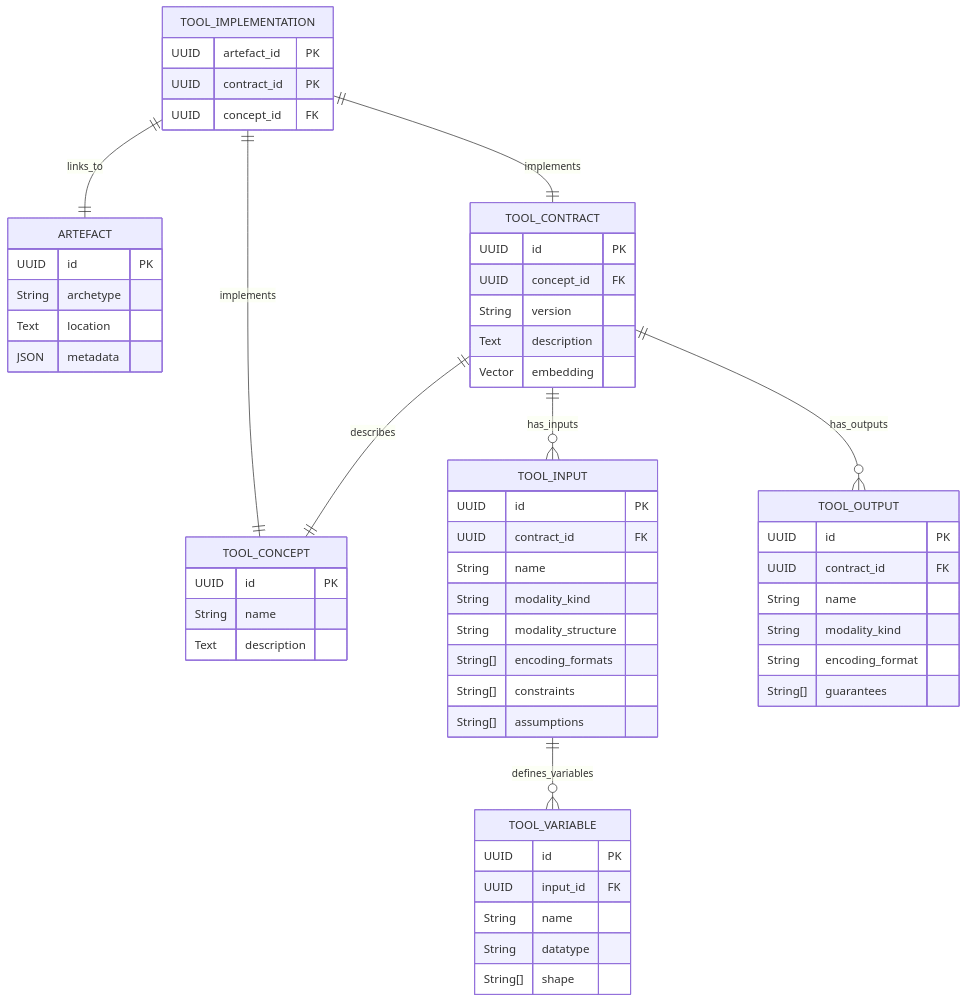
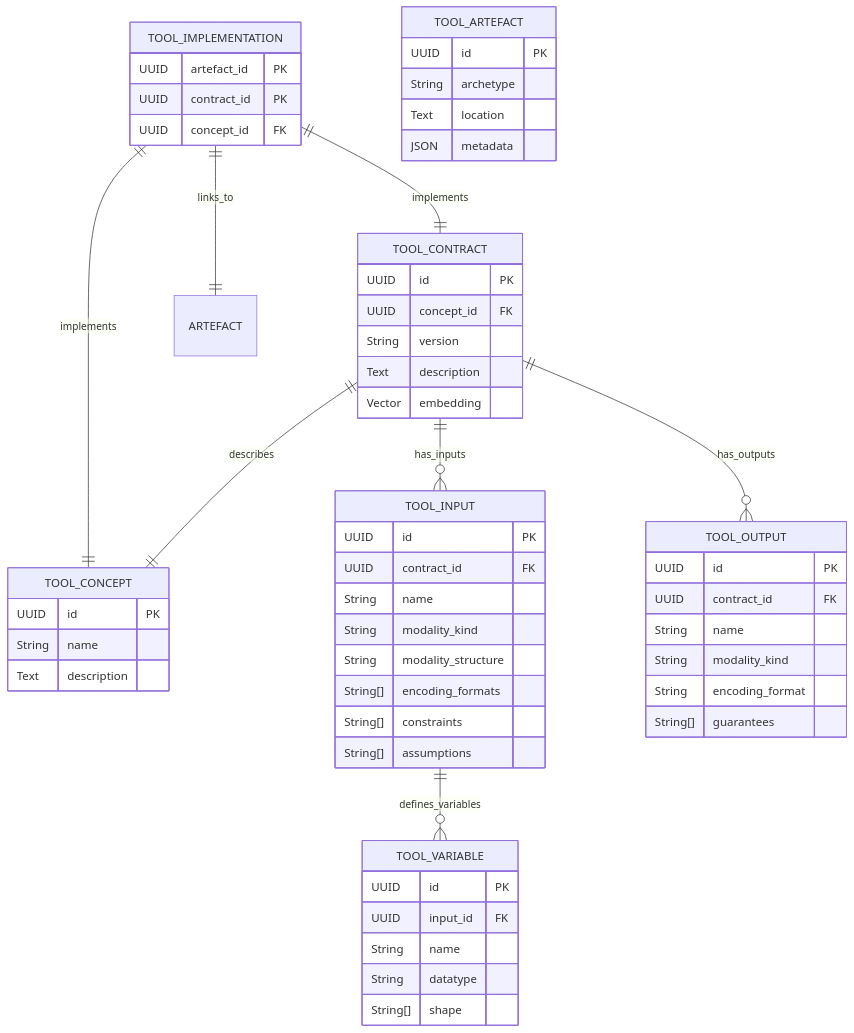
Before and after one commit to EOSC-Data-Commons/toolmeta-models: the diagram in README.md, drawn with Mermaid.

Commit message:
Adding ER Diagram

````diff
--- a/README.md
+++ b/README.md
@@ -6,71 +6,71 @@
 ```mermaid
 erDiagram
     %% Root table
     TOOL_IMPLEMENTATION {
         UUID artefact_id PK
         UUID contract_id PK
         UUID concept_id FK
     }
     
     %% Artefact table
-    ARTEFACT {
+   TOOL_ARTEFACT {
         UUID id PK
         String archetype
         Text location
         JSON metadata
     }
     
     %% Tool contract table
     TOOL_CONTRACT {
         UUID id PK
         UUID concept_id FK
         String version
         Text description
         Vector embedding
     }
     
     %% Tool concept table
     TOOL_CONCEPT {
         UUID id PK
         String name
         Text description
     }
     
     %% Inputs and outputs
     TOOL_INPUT {
         UUID id PK
         UUID contract_id FK
         String name
         String modality_kind
         String modality_structure
         String[] encoding_formats
         String[] constraints
         String[] assumptions
     }
     
     TOOL_VARIABLE {
         UUID id PK
         UUID input_id FK
         String name
         String datatype
         String[] shape
     }
     
     TOOL_OUTPUT {
         UUID id PK
         UUID contract_id FK
         String name
         String modality_kind
         String encoding_format
         String[] guarantees
     }
     
     %% Relationships
     TOOL_IMPLEMENTATION ||--|| ARTEFACT : links_to
     TOOL_IMPLEMENTATION ||--|| TOOL_CONTRACT : implements
     TOOL_IMPLEMENTATION ||--|| TOOL_CONCEPT : implements
     TOOL_CONTRACT ||--|| TOOL_CONCEPT : describes
     TOOL_CONTRACT ||--o{ TOOL_INPUT : has_inputs
     TOOL_CONTRACT ||--o{ TOOL_OUTPUT : has_outputs
     TOOL_INPUT ||--o{ TOOL_VARIABLE : defines_variables
 ```
````
